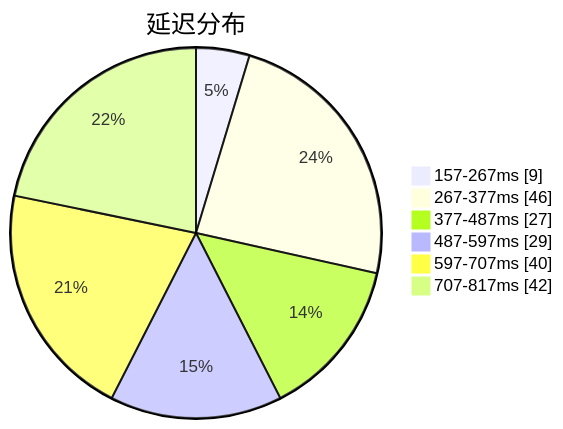
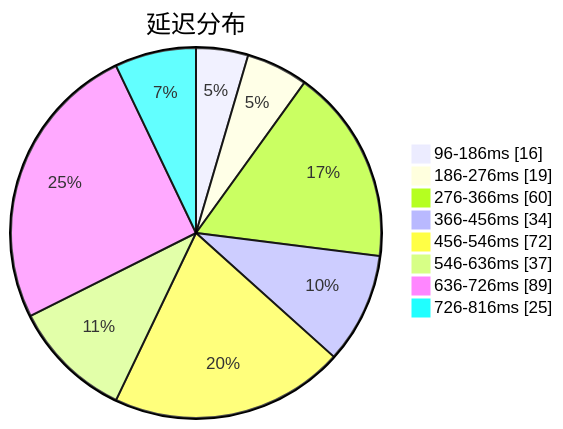
One commit to sinspired/airport changed the first of 3 diagrams in subs/statistics/tested_within.md. Above: the diagram before and after it, drawn with Mermaid. The commit also changed other lines of this file and 2 other files, not shown here.

````diff
--- a/subs/statistics/tested_within.md
+++ b/subs/statistics/tested_within.md
@@ -2,10 +2,12 @@
 ```mermaid
 pie showData
 title 延迟分布
-"157-267ms" : 9
-"267-377ms" : 46
-"377-487ms" : 27
-"487-597ms" : 29
-"597-707ms" : 40
-"707-817ms" : 42
+"96-186ms" : 16
+"186-276ms" : 19
+"276-366ms" : 60
+"366-456ms" : 34
+"456-546ms" : 72
+"546-636ms" : 37
+"636-726ms" : 89
+"726-816ms" : 25
 ```
````
